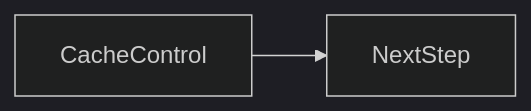
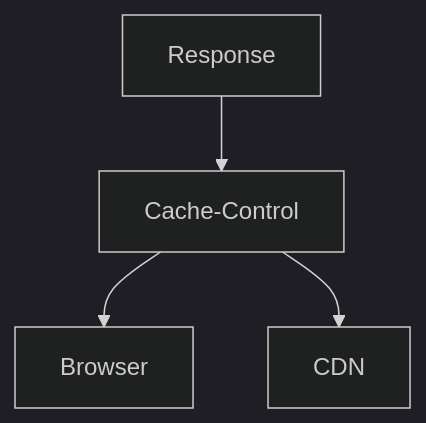
Before and after one commit to OmidJavaherii/Frontend-Engineering-Handbook: the second of 2 diagrams in docs/en/12-rendering/cache-control/index.md, drawn with Mermaid (dark theme). The commit also changed other lines of this file and 461 other files, not shown here.

````diff
--- a/docs/en/12-rendering/cache-control/index.md
+++ b/docs/en/12-rendering/cache-control/index.md
@@ -96,4 +111,6 @@
 ```mermaid
-flowchart LR
-  concept[CacheControl] --> nextStep[NextStep]
+flowchart TD
+  Resp[Response] --> CC[Cache-Control]
+  CC --> Browser
+  CC --> CDN
 ```
````
